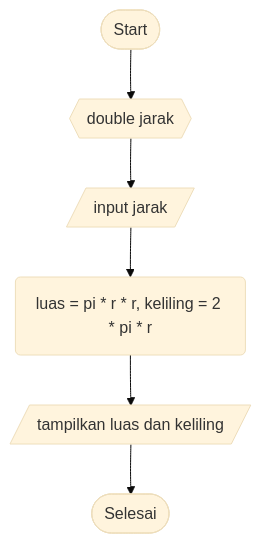
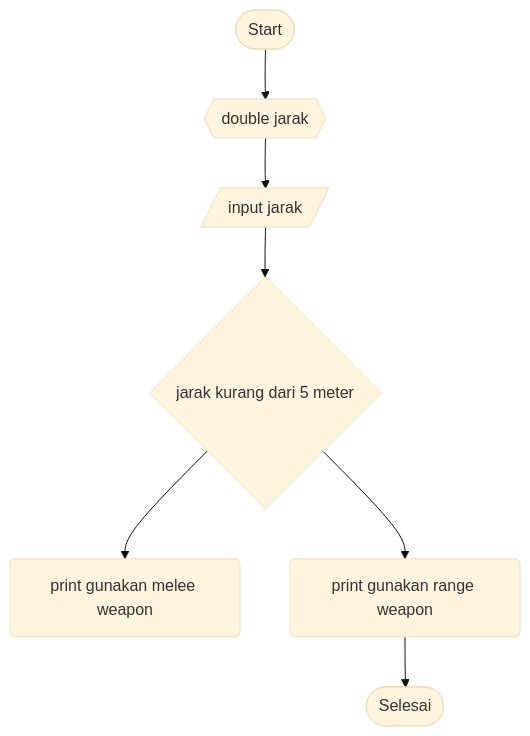
One commit to SATRIODIANNUGROHO/Sample2.1 changed the diagram in JustForFun.md. Above: the diagram before and after it, drawn with Mermaid (base theme).

````diff
--- a/JustForFun.md
+++ b/JustForFun.md
@@ -3,8 +3,9 @@
 ```mermaid
 graph TD;
     A([Start])-->B{{double jarak}};
     B{{double jarak}}-->C[/input jarak/];
-    C[/input jarak/]-->D{luas = pi * r * r, keliling = 2 * pi * r};
-    D(luas = pi * r * r, keliling = 2 * pi * r)-->E[/tampilkan luas dan keliling/];
-    E[/tampilkan luas dan keliling/]-->F([Selesai]);
+    C[/input jarak/]-->D{jarak kurang dari 5 meter};
+    D{jarak kurang dari 5 meter}-->E(print gunakan melee weapon);
+    D{jarak kurang dari 5 meter}-->F(print gunakan range weapon);
+    F(print gunakan range weapon)-->G([Selesai]);
 ```
````
